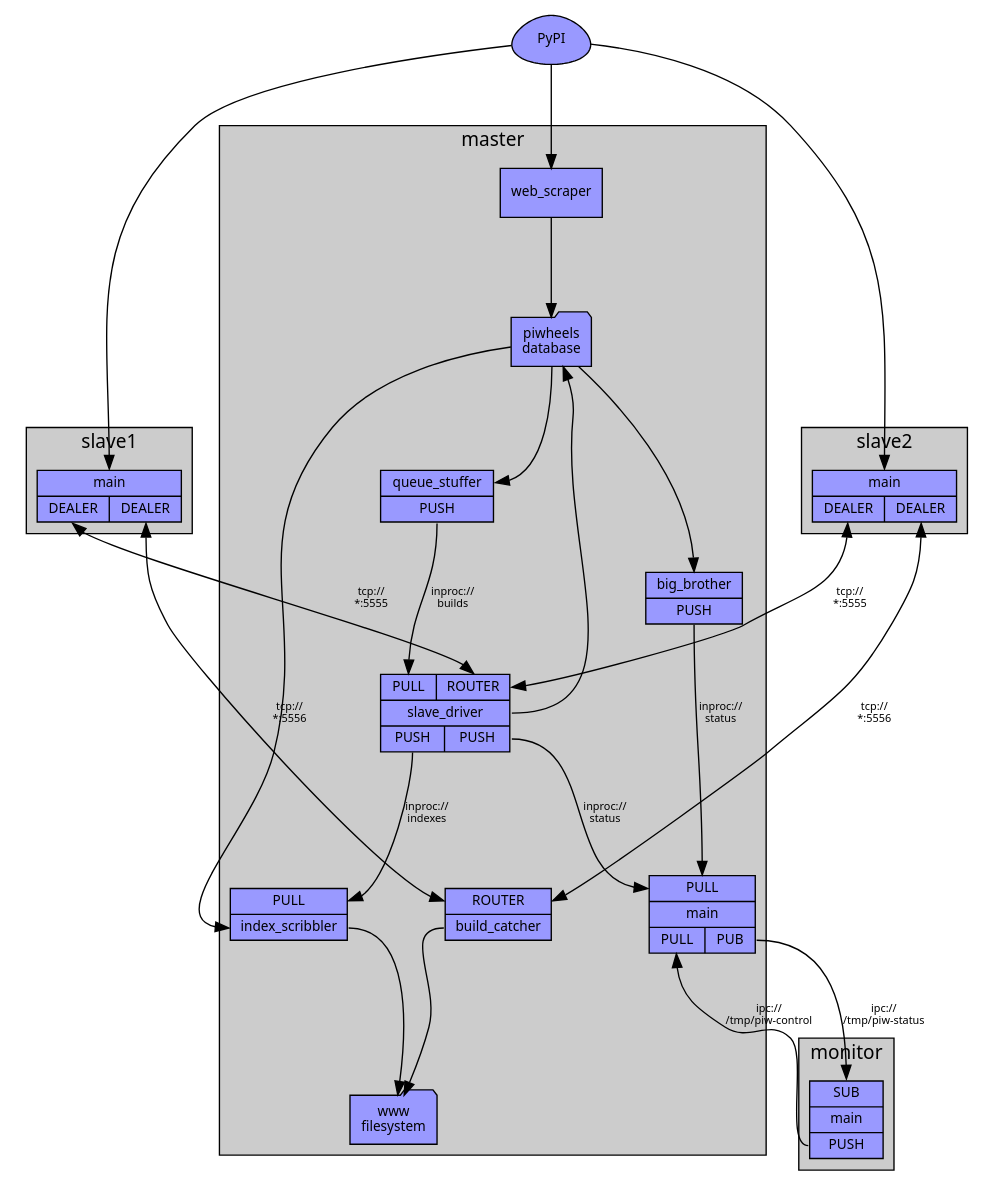
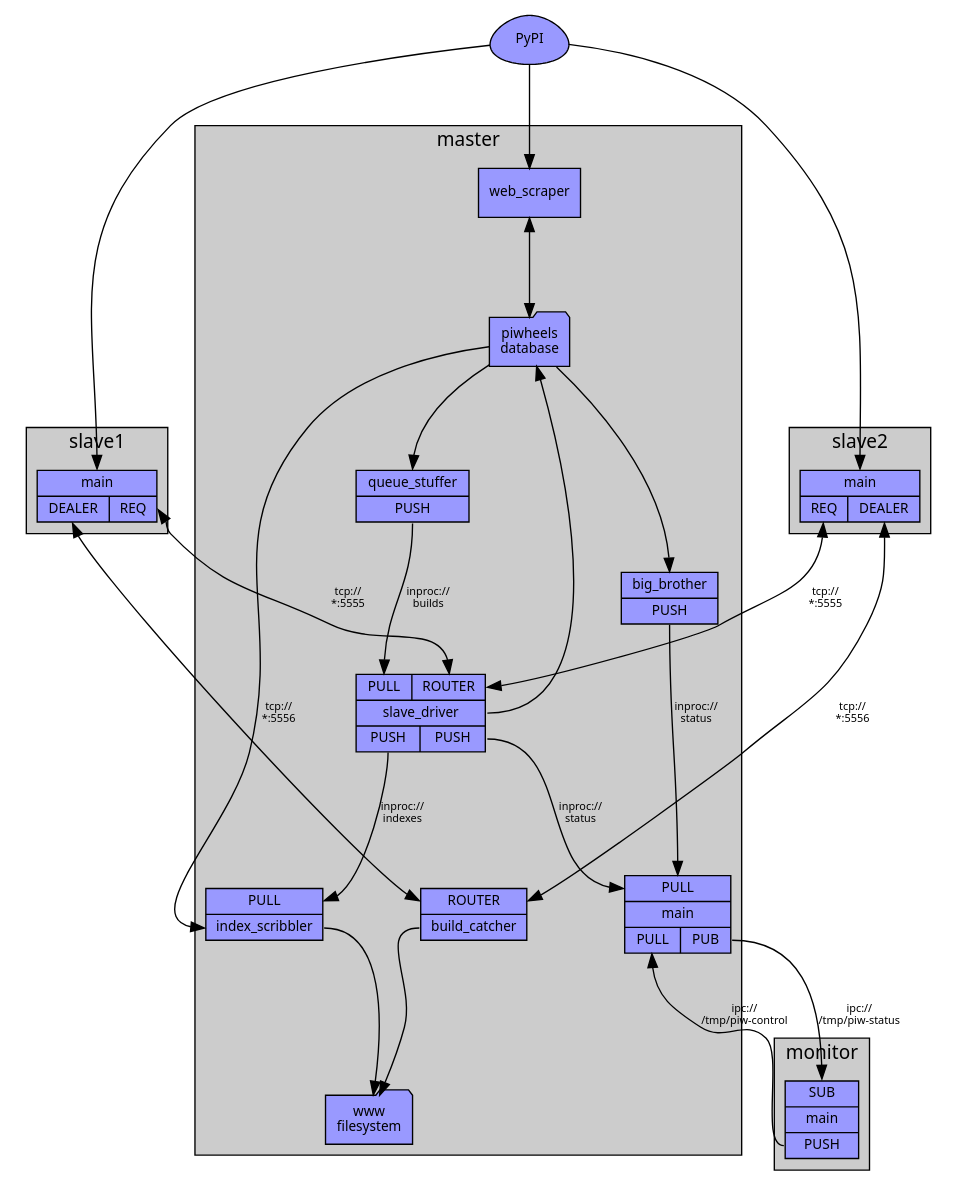
The diagram in docs/queues.dot (piwheels/piwheels), drawn with Graphviz before and after one commit.

Commit message:
Corrected arch diagram

```diff
--- a/docs/queues.dot
+++ b/docs/queues.dot
@@ -1,61 +1,61 @@
 digraph piwheels {
     graph [nodesep=1, ranksep=1, style=filled, fontname=Sans, fontsize=14, fillcolor="#cccccc"];
     node [shape=record, fontname=Sans, fontsize=10, style=filled, fillcolor="#9999ff", penwidth=1];
     edge [fontname=Sans, fontsize=8];
 
     pypi [label="PyPI", shape=egg];
 
     subgraph cluster_master {
         graph [label="master"];
 
         main [label="{{<int_status>PULL}|main|{<control>PULL|<ext_status>PUB}}"];
         web_scraper [label="<t>web_scraper"];
         queue_stuffer [label="{<t>queue_stuffer|<builds>PUSH}"];
         big_brother [label="{<t>big_brother|<int_status>PUSH}"];
         slave_driver [label="{{<builds>PULL|<slaves>ROUTER}|<t>slave_driver|{<indexes>PUSH|<int_status>PUSH}}"];
         build_catcher [label="{<slaves>ROUTER|<t>build_catcher}"];
         index_scribbler [label="{<indexes>PULL|<t>index_scribbler}"];
 
         big_brother:int_status->main:int_status [label="inproc://\nstatus"];
         slave_driver:int_status->main:int_status [label="inproc://\nstatus"];
         queue_stuffer:builds->slave_driver:builds [label="inproc://\nbuilds"];
         slave_driver:indexes->index_scribbler:indexes [label="inproc://\nindexes"];
 
         db [label="piwheels\ndatabase", shape=folder];
         fs [label="www\nfilesystem", shape=folder];
 
-        web_scraper:t->db;
+        web_scraper:t->db [dir=both];
         db->queue_stuffer:t;
         db->big_brother:t;
         slave_driver:t->db;
         db->index_scribbler:t;
 
         index_scribbler:t->fs;
         build_catcher:t->fs;
     }
 
     subgraph cluster_monitor {
         graph [label="monitor"];
         monitor [label="{<status>SUB|<t>main|<control>PUSH}"];
     }
 
     subgraph cluster_slave1 {
         graph [label="slave1"];
-        slave1 [label="{<t>main|{<builds>DEALER|<files>DEALER}}"];
+        slave1 [label="{<t>main|{<files>DEALER|<builds>REQ}}"];
     }
 
     subgraph cluster_slave2 {
         graph [label="slave2"];
-        slave2 [label="{<t>main|{<builds>DEALER|<files>DEALER}}"];
+        slave2 [label="{<t>main|{<builds>REQ|<files>DEALER}}"];
     }
 
     pypi->web_scraper:t;
     pypi->slave1:t;
     pypi->slave2:t;
     slave1:builds->slave_driver:slaves [dir=both, label="tcp://\n*:5555"];
     slave2:builds->slave_driver:slaves [dir=both, label="tcp://\n*:5555"];
     slave1:files->build_catcher:slaves [dir=both, label="tcp://\n*:5556"];
     slave2:files->build_catcher:slaves [dir=both, label="tcp://\n*:5556"];
     main:ext_status->monitor:status [label="ipc://\n/tmp/piw-status"];
     monitor:control->main:control [label="ipc://\n/tmp/piw-control"];
 }
```
